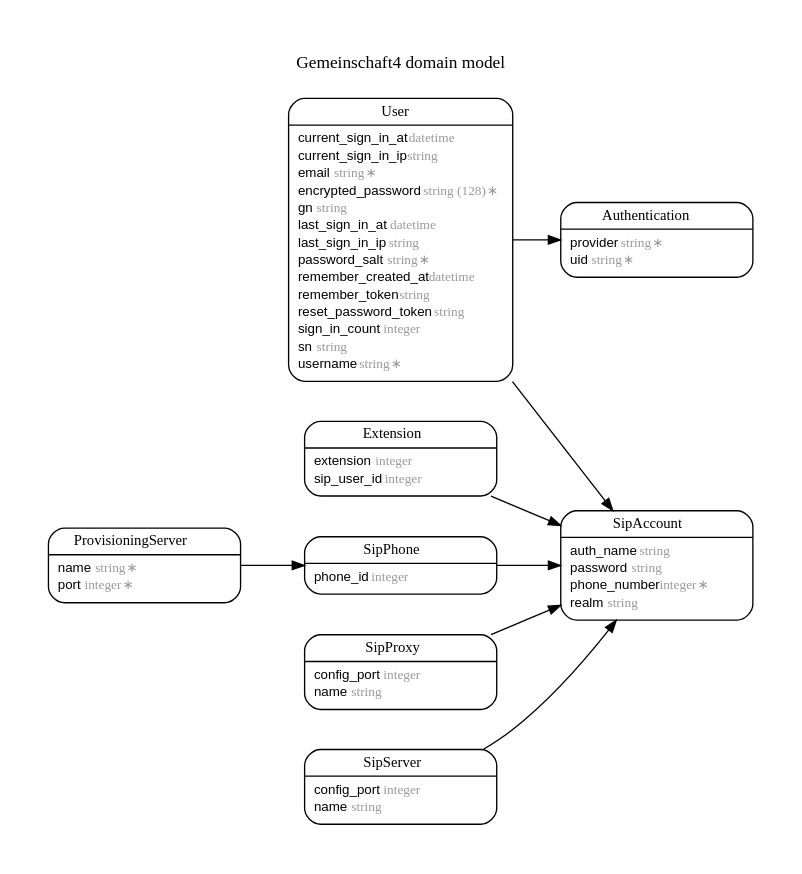
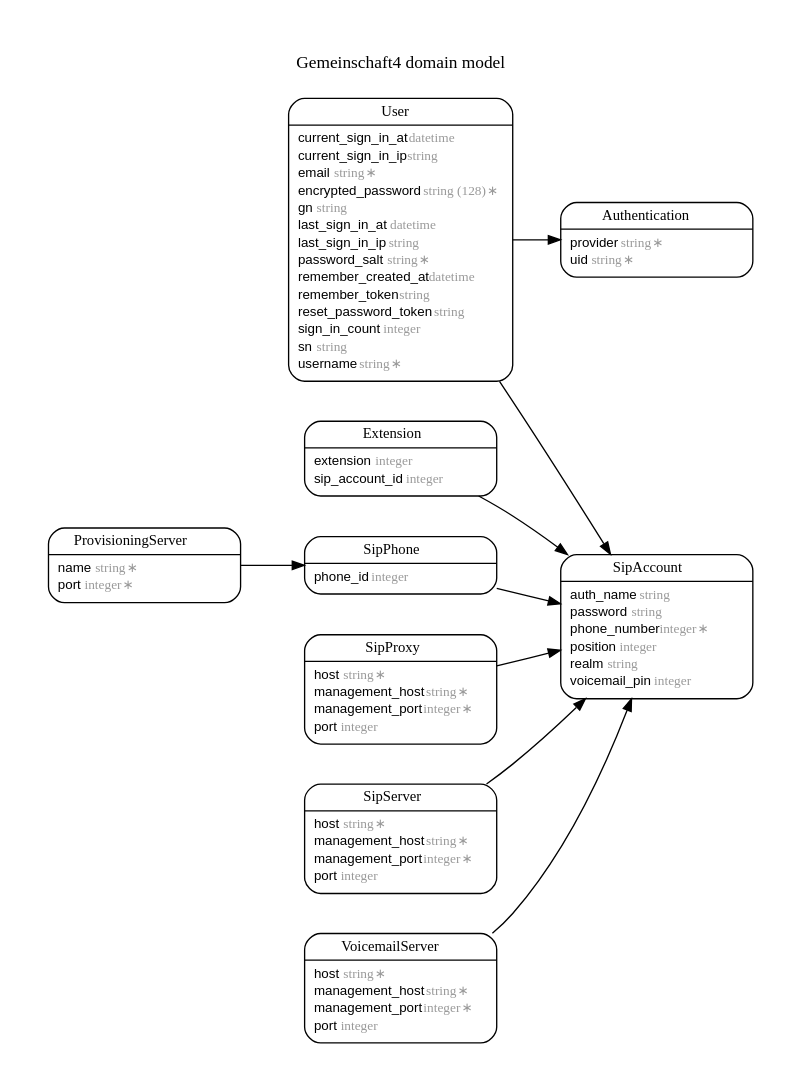
One commit to amooma/GS4 changed the diagram in ERD.dot. Above: the diagram before and after it, drawn with Graphviz.

Commit message:
./script/erd

```diff
--- a/ERD.dot
+++ b/ERD.dot
@@ -1,98 +1,116 @@
 digraph Gemeinschaft4 {
   rankdir = "LR"; ranksep = "0.5"; nodesep = "0.4"; pad = "0.4,0.4"; margin = "0,0"; concentrate = "true"; labelloc = "t"; fontsize = "13"; fontname = "Arial Bold";
   node [shape = "Mrecord", fontsize = "10", fontname = "Arial", margin = "0.07,0.05", penwidth = "1.0"];
   edge [fontname = "Arial", fontsize = "7", dir = "both", arrowsize = "0.9", penwidth = "1.0", labelangle = "32", labeldistance = "1.8"];
   label = "Gemeinschaft4 domain model\n\n";
   m_Authentication [label = <<table border="0" align="center" cellspacing="0.5" cellpadding="0" width="134">
   <tr><td align="center" valign="bottom" width="130"><font face="Arial Bold" point-size="11">Authentication</font></td></tr>
 </table>
 |
 <table border="0" align="left" cellspacing="2" cellpadding="0" width="134">
   <tr><td align="left" width="130" port="provider">provider <font face="Arial Italic" color="grey60">string ∗</font></td></tr>
   <tr><td align="left" width="130" port="uid">uid <font face="Arial Italic" color="grey60">string ∗</font></td></tr>
 </table>
 >];
   m_Extension [label = <<table border="0" align="center" cellspacing="0.5" cellpadding="0" width="134">
   <tr><td align="center" valign="bottom" width="130"><font face="Arial Bold" point-size="11">Extension</font></td></tr>
 </table>
 |
 <table border="0" align="left" cellspacing="2" cellpadding="0" width="134">
   <tr><td align="left" width="130" port="extension">extension <font face="Arial Italic" color="grey60">integer</font></td></tr>
-  <tr><td align="left" width="130" port="sip_user_id">sip_user_id <font face="Arial Italic" color="grey60">integer</font></td></tr>
+  <tr><td align="left" width="130" port="sip_account_id">sip_account_id <font face="Arial Italic" color="grey60">integer</font></td></tr>
 </table>
 >];
   m_ProvisioningServer [label = <<table border="0" align="center" cellspacing="0.5" cellpadding="0" width="134">
   <tr><td align="center" valign="bottom" width="130"><font face="Arial Bold" point-size="11">ProvisioningServer</font></td></tr>
 </table>
 |
 <table border="0" align="left" cellspacing="2" cellpadding="0" width="134">
   <tr><td align="left" width="130" port="name">name <font face="Arial Italic" color="grey60">string ∗</font></td></tr>
   <tr><td align="left" width="130" port="port">port <font face="Arial Italic" color="grey60">integer ∗</font></td></tr>
 </table>
 >];
   m_SipAccount [label = <<table border="0" align="center" cellspacing="0.5" cellpadding="0" width="134">
   <tr><td align="center" valign="bottom" width="130"><font face="Arial Bold" point-size="11">SipAccount</font></td></tr>
 </table>
 |
 <table border="0" align="left" cellspacing="2" cellpadding="0" width="134">
   <tr><td align="left" width="130" port="auth_name">auth_name <font face="Arial Italic" color="grey60">string</font></td></tr>
   <tr><td align="left" width="130" port="password">password <font face="Arial Italic" color="grey60">string</font></td></tr>
   <tr><td align="left" width="130" port="phone_number">phone_number <font face="Arial Italic" color="grey60">integer ∗</font></td></tr>
+  <tr><td align="left" width="130" port="position">position <font face="Arial Italic" color="grey60">integer</font></td></tr>
   <tr><td align="left" width="130" port="realm">realm <font face="Arial Italic" color="grey60">string</font></td></tr>
+  <tr><td align="left" width="130" port="voicemail_pin">voicemail_pin <font face="Arial Italic" color="grey60">integer</font></td></tr>
 </table>
 >];
   m_SipPhone [label = <<table border="0" align="center" cellspacing="0.5" cellpadding="0" width="134">
   <tr><td align="center" valign="bottom" width="130"><font face="Arial Bold" point-size="11">SipPhone</font></td></tr>
 </table>
 |
 <table border="0" align="left" cellspacing="2" cellpadding="0" width="134">
   <tr><td align="left" width="130" port="phone_id">phone_id <font face="Arial Italic" color="grey60">integer</font></td></tr>
 </table>
 >];
   m_SipProxy [label = <<table border="0" align="center" cellspacing="0.5" cellpadding="0" width="134">
   <tr><td align="center" valign="bottom" width="130"><font face="Arial Bold" point-size="11">SipProxy</font></td></tr>
 </table>
 |
 <table border="0" align="left" cellspacing="2" cellpadding="0" width="134">
-  <tr><td align="left" width="130" port="config_port">config_port <font face="Arial Italic" color="grey60">integer</font></td></tr>
-  <tr><td align="left" width="130" port="name">name <font face="Arial Italic" color="grey60">string</font></td></tr>
+  <tr><td align="left" width="130" port="host">host <font face="Arial Italic" color="grey60">string ∗</font></td></tr>
+  <tr><td align="left" width="130" port="management_host">management_host <font face="Arial Italic" color="grey60">string ∗</font></td></tr>
+  <tr><td align="left" width="130" port="management_port">management_port <font face="Arial Italic" color="grey60">integer ∗</font></td></tr>
+  <tr><td align="left" width="130" port="port">port <font face="Arial Italic" color="grey60">integer</font></td></tr>
 </table>
 >];
   m_SipServer [label = <<table border="0" align="center" cellspacing="0.5" cellpadding="0" width="134">
   <tr><td align="center" valign="bottom" width="130"><font face="Arial Bold" point-size="11">SipServer</font></td></tr>
 </table>
 |
 <table border="0" align="left" cellspacing="2" cellpadding="0" width="134">
-  <tr><td align="left" width="130" port="config_port">config_port <font face="Arial Italic" color="grey60">integer</font></td></tr>
-  <tr><td align="left" width="130" port="name">name <font face="Arial Italic" color="grey60">string</font></td></tr>
+  <tr><td align="left" width="130" port="host">host <font face="Arial Italic" color="grey60">string ∗</font></td></tr>
+  <tr><td align="left" width="130" port="management_host">management_host <font face="Arial Italic" color="grey60">string ∗</font></td></tr>
+  <tr><td align="left" width="130" port="management_port">management_port <font face="Arial Italic" color="grey60">integer ∗</font></td></tr>
+  <tr><td align="left" width="130" port="port">port <font face="Arial Italic" color="grey60">integer</font></td></tr>
 </table>
 >];
   m_User [label = <<table border="0" align="center" cellspacing="0.5" cellpadding="0" width="134">
   <tr><td align="center" valign="bottom" width="130"><font face="Arial Bold" point-size="11">User</font></td></tr>
 </table>
 |
 <table border="0" align="left" cellspacing="2" cellpadding="0" width="134">
   <tr><td align="left" width="130" port="current_sign_in_at">current_sign_in_at <font face="Arial Italic" color="grey60">datetime</font></td></tr>
   <tr><td align="left" width="130" port="current_sign_in_ip">current_sign_in_ip <font face="Arial Italic" color="grey60">string</font></td></tr>
   <tr><td align="left" width="130" port="email">email <font face="Arial Italic" color="grey60">string ∗</font></td></tr>
   <tr><td align="left" width="130" port="encrypted_password">encrypted_password <font face="Arial Italic" color="grey60">string (128) ∗</font></td></tr>
   <tr><td align="left" width="130" port="gn">gn <font face="Arial Italic" color="grey60">string</font></td></tr>
   <tr><td align="left" width="130" port="last_sign_in_at">last_sign_in_at <font face="Arial Italic" color="grey60">datetime</font></td></tr>
   <tr><td align="left" width="130" port="last_sign_in_ip">last_sign_in_ip <font face="Arial Italic" color="grey60">string</font></td></tr>
   <tr><td align="left" width="130" port="password_salt">password_salt <font face="Arial Italic" color="grey60">string ∗</font></td></tr>
   <tr><td align="left" width="130" port="remember_created_at">remember_created_at <font face="Arial Italic" color="grey60">datetime</font></td></tr>
   <tr><td align="left" width="130" port="remember_token">remember_token <font face="Arial Italic" color="grey60">string</font></td></tr>
   <tr><td align="left" width="130" port="reset_password_token">reset_password_token <font face="Arial Italic" color="grey60">string</font></td></tr>
   <tr><td align="left" width="130" port="sign_in_count">sign_in_count <font face="Arial Italic" color="grey60">integer</font></td></tr>
   <tr><td align="left" width="130" port="sn">sn <font face="Arial Italic" color="grey60">string</font></td></tr>
   <tr><td align="left" width="130" port="username">username <font face="Arial Italic" color="grey60">string ∗</font></td></tr>
 </table>
 >];
+  m_VoicemailServer [label = <<table border="0" align="center" cellspacing="0.5" cellpadding="0" width="134">
+  <tr><td align="center" valign="bottom" width="130"><font face="Arial Bold" point-size="11">VoicemailServer</font></td></tr>
+</table>
+|
+<table border="0" align="left" cellspacing="2" cellpadding="0" width="134">
+  <tr><td align="left" width="130" port="host">host <font face="Arial Italic" color="grey60">string ∗</font></td></tr>
+  <tr><td align="left" width="130" port="management_host">management_host <font face="Arial Italic" color="grey60">string ∗</font></td></tr>
+  <tr><td align="left" width="130" port="management_port">management_port <font face="Arial Italic" color="grey60">integer ∗</font></td></tr>
+  <tr><td align="left" width="130" port="port">port <font face="Arial Italic" color="grey60">integer</font></td></tr>
+</table>
+>];
   m_User -> m_Authentication [arrowhead = "normal", arrowtail = "none", weight = "2"]
   m_User -> m_SipAccount [arrowhead = "normal", arrowtail = "none", weight = "2"]
   m_SipProxy -> m_SipAccount [arrowhead = "normal", arrowtail = "none", weight = "2"]
   m_SipServer -> m_SipAccount [arrowhead = "normal", arrowtail = "none", weight = "2"]
+  m_VoicemailServer -> m_SipAccount [arrowhead = "normal", arrowtail = "none", weight = "2"]
   m_Extension -> m_SipAccount [arrowhead = "normal", arrowtail = "none", weight = "2"]
   m_ProvisioningServer -> m_SipPhone [arrowhead = "normal", arrowtail = "none", weight = "2"]
   m_SipPhone -> m_SipAccount [arrowhead = "normal", arrowtail = "none", weight = "2"]
 }
```
